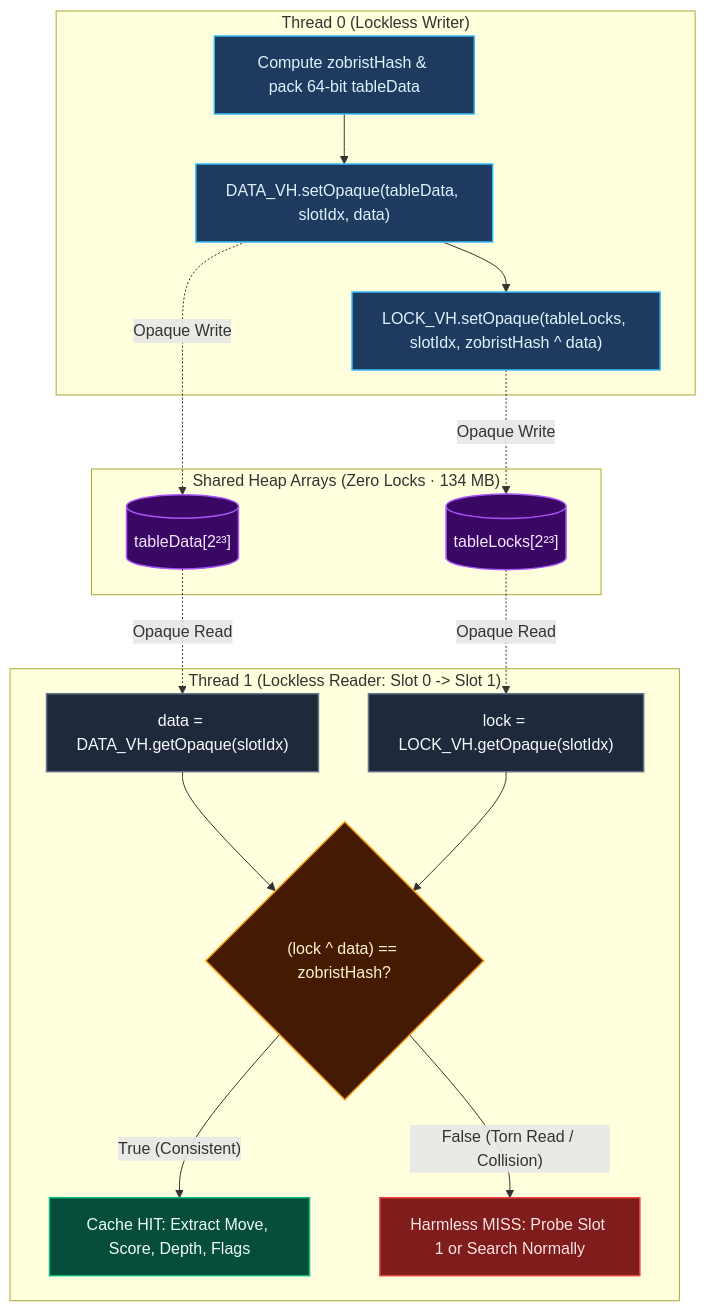
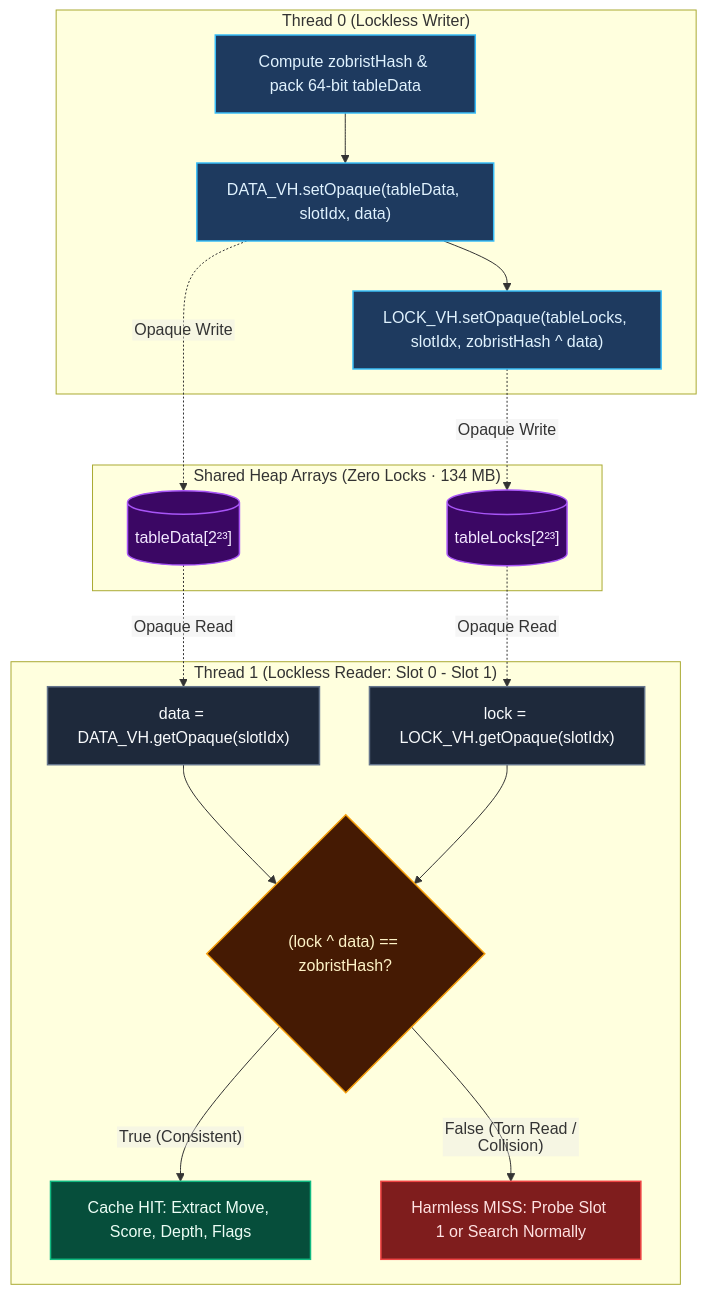
The second of 2 diagrams in docs/wiki/05-Concurrency-and-Lazy-SMP.md (MercuryDCD/Tablut-FundamentalsAIMASTER), drawn with Mermaid before and after one commit. The commit also changed other lines of this file and 9 other files, not shown here.

Commit message:
docs: fix Mermaid flowchart label clipping via htmlLabels=false

````diff
--- a/docs/wiki/05-Concurrency-and-Lazy-SMP.md
+++ b/docs/wiki/05-Concurrency-and-Lazy-SMP.md
@@ -116,32 +117,33 @@
 ```mermaid
+%%{init: {"flowchart": {"htmlLabels": false}}}%%
 flowchart TD
     classDef write fill:#1e3a5f,stroke:#38bdf8,color:#e0f2fe,stroke-width:1.5px
     classDef mem fill:#3b0764,stroke:#a855f7,color:#f3e8ff,stroke-width:1.5px
     classDef read fill:#1e293b,stroke:#64748b,color:#f8fafc,stroke-width:1.5px
     classDef dec fill:#451a03,stroke:#f59e0b,color:#fef3c7,stroke-width:1.5px
     classDef hit fill:#064e3b,stroke:#10b981,color:#ecfdf5,stroke-width:1.5px
     classDef miss fill:#7f1d1d,stroke:#ef4444,color:#fee2e2,stroke-width:1.5px
 
     subgraph Writer["Thread 0 (Lockless Writer)"]
-        W1["Compute zobristHash &amp; pack 64-bit tableData"]:::write --> W2["DATA_VH.setOpaque(tableData, slotIdx, data)"]:::write
+        W1["Compute zobristHash & pack 64-bit tableData"]:::write --> W2["DATA_VH.setOpaque(tableData, slotIdx, data)"]:::write
         W2 --> W3["LOCK_VH.setOpaque(tableLocks, slotIdx, zobristHash ^ data)"]:::write
     end
 
     subgraph Shared["Shared Heap Arrays (Zero Locks · 134 MB)"]
         TableData[("tableData[2²³]")]:::mem
         TableLocks[("tableLocks[2²³]")]:::mem
         W2 -. "Opaque Write" .-> TableData
         W3 -. "Opaque Write" .-> TableLocks
     end
 
     subgraph Reader["Thread 1 (Lockless Reader: Slot 0 -> Slot 1)"]
         P1["data = DATA_VH.getOpaque(slotIdx)"]:::read
         P2["lock = LOCK_VH.getOpaque(slotIdx)"]:::read
         TableData -. "Opaque Read" .-> P1
         TableLocks -. "Opaque Read" .-> P2
         P1 --> Check{"(lock ^ data) == zobristHash?"}:::dec
         P2 --> Check
         Check -- "True (Consistent)" --> Valid["Cache HIT: Extract Move, Score, Depth, Flags"]:::hit
         Check -- "False (Torn Read / Collision)" --> Miss["Harmless MISS: Probe Slot 1 or Search Normally"]:::miss
     end
 ```
````
